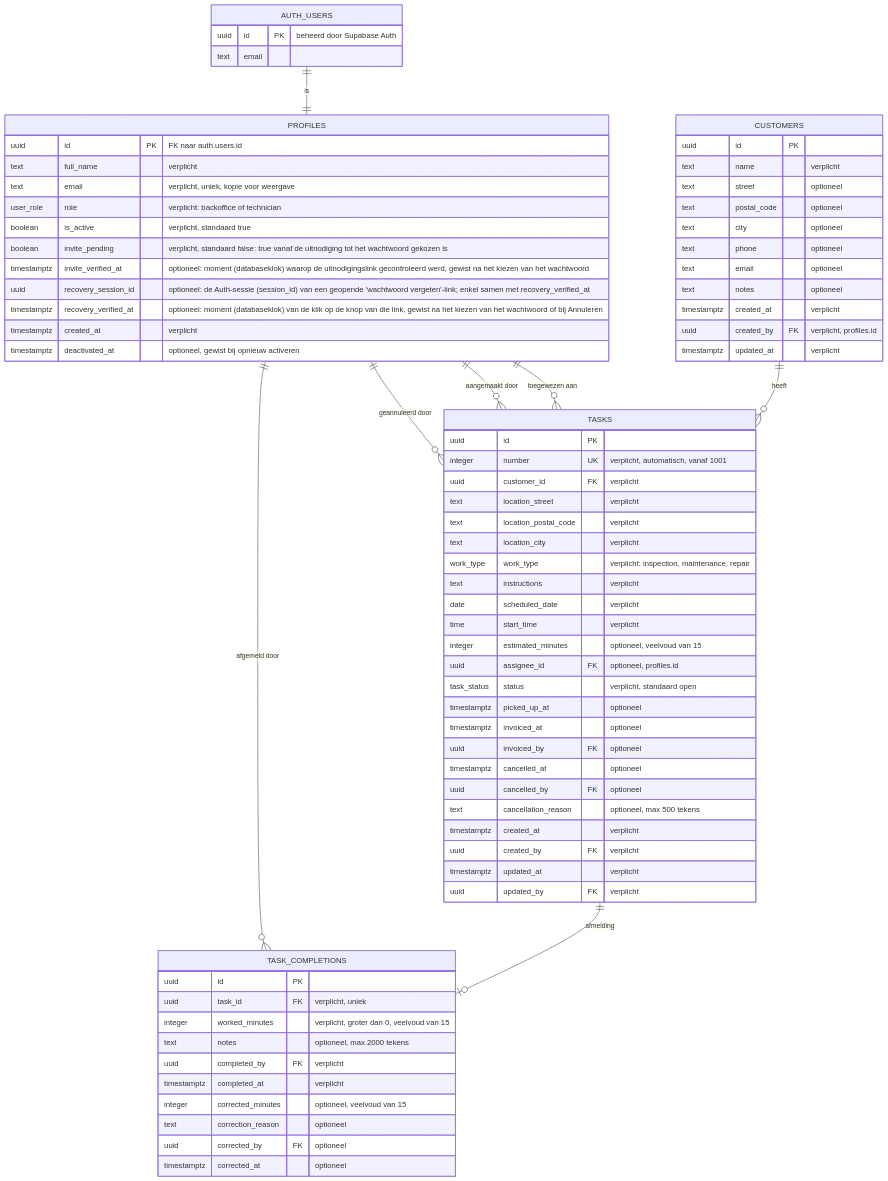
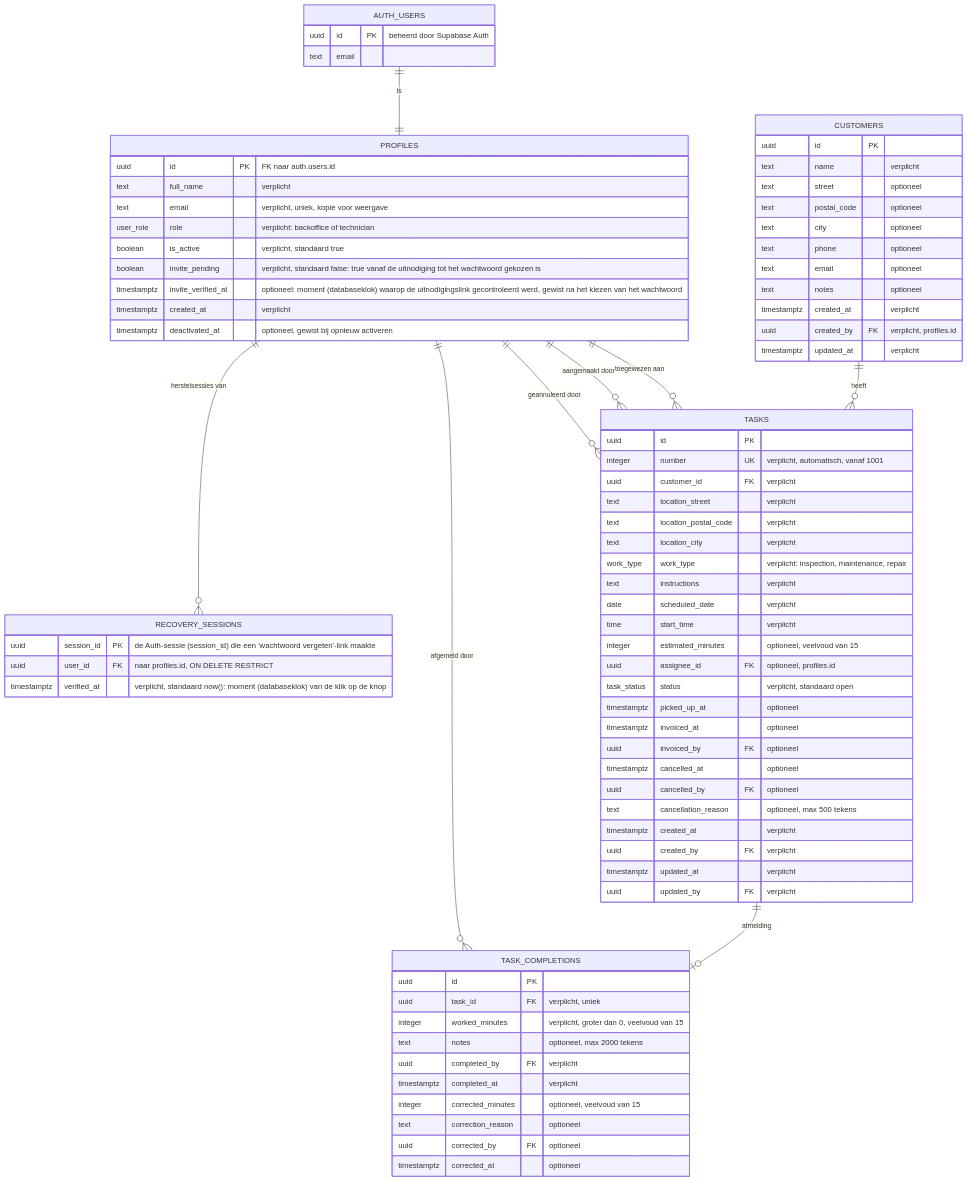
Before and after one commit to JurgenGeys/ClaudeProject-test1: the third of 3 diagrams in docs/design/taakplanning.md, drawn with Mermaid. The commit also changed other lines of this file and 30 other files, not shown here.

````diff
--- a/docs/design/taakplanning.md
+++ b/docs/design/taakplanning.md
@@ -354,78 +354,82 @@
 ```mermaid
 erDiagram
     AUTH_USERS ||--|| PROFILES : "is"
     PROFILES ||--o{ TASKS : "toegewezen aan"
     PROFILES ||--o{ TASKS : "aangemaakt door"
     PROFILES ||--o{ TASKS : "geannuleerd door"
     CUSTOMERS ||--o{ TASKS : "heeft"
     TASKS ||--o| TASK_COMPLETIONS : "afmelding"
     PROFILES ||--o{ TASK_COMPLETIONS : "afgemeld door"
+    PROFILES ||--o{ RECOVERY_SESSIONS : "herstelsessies van"
 
     AUTH_USERS {
         uuid id PK "beheerd door Supabase Auth"
         text email
     }
     PROFILES {
         uuid id PK "FK naar auth.users.id"
         text full_name "verplicht"
         text email "verplicht, uniek, kopie voor weergave"
         user_role role "verplicht: backoffice of technician"
         boolean is_active "verplicht, standaard true"
         boolean invite_pending "verplicht, standaard false: true vanaf de uitnodiging tot het wachtwoord gekozen is"
         timestamptz invite_verified_at "optioneel: moment (databaseklok) waarop de uitnodigingslink gecontroleerd werd, gewist na het kiezen van het wachtwoord"
-        uuid recovery_session_id "optioneel: de Auth-sessie (session_id) van een geopende 'wachtwoord vergeten'-link; enkel samen met recovery_verified_at"
-        timestamptz recovery_verified_at "optioneel: moment (databaseklok) van de klik op de knop van die link, gewist na het kiezen van het wachtwoord of bij Annuleren"
         timestamptz created_at "verplicht"
         timestamptz deactivated_at "optioneel, gewist bij opnieuw activeren"
+    }
+    RECOVERY_SESSIONS {
+        uuid session_id PK "de Auth-sessie (session_id) die een 'wachtwoord vergeten'-link maakte"
+        uuid user_id FK "naar profiles.id, ON DELETE RESTRICT"
+        timestamptz verified_at "verplicht, standaard now(): moment (databaseklok) van de klik op de knop"
     }
     CUSTOMERS {
         uuid id PK
         text name "verplicht"
         text street "optioneel"
         text postal_code "optioneel"
         text city "optioneel"
         text phone "optioneel"
         text email "optioneel"
         text notes "optioneel"
         timestamptz created_at "verplicht"
         uuid created_by FK "verplicht, profiles.id"
         timestamptz updated_at "verplicht"
     }
     TASKS {
         uuid id PK
         integer number UK "verplicht, automatisch, vanaf 1001"
         uuid customer_id FK "verplicht"
         text location_street "verplicht"
         text location_postal_code "verplicht"
         text location_city "verplicht"
         work_type work_type "verplicht: inspection, maintenance, repair"
         text instructions "verplicht"
         date scheduled_date "verplicht"
         time start_time "verplicht"
         integer estimated_minutes "optioneel, veelvoud van 15"
         uuid assignee_id FK "optioneel, profiles.id"
         task_status status "verplicht, standaard open"
         timestamptz picked_up_at "optioneel"
         timestamptz invoiced_at "optioneel"
         uuid invoiced_by FK "optioneel"
         timestamptz cancelled_at "optioneel"
         uuid cancelled_by FK "optioneel"
         text cancellation_reason "optioneel, max 500 tekens"
         timestamptz created_at "verplicht"
         uuid created_by FK "verplicht"
         timestamptz updated_at "verplicht"
         uuid updated_by FK "verplicht"
     }
     TASK_COMPLETIONS {
         uuid id PK
         uuid task_id FK "verplicht, uniek"
         integer worked_minutes "verplicht, groter dan 0, veelvoud van 15"
         text notes "optioneel, max 2000 tekens"
         uuid completed_by FK "verplicht"
         timestamptz completed_at "verplicht"
         integer corrected_minutes "optioneel, veelvoud van 15"
         text correction_reason "optioneel"
         uuid corrected_by FK "optioneel"
         timestamptz corrected_at "optioneel"
     }
 ```
````
